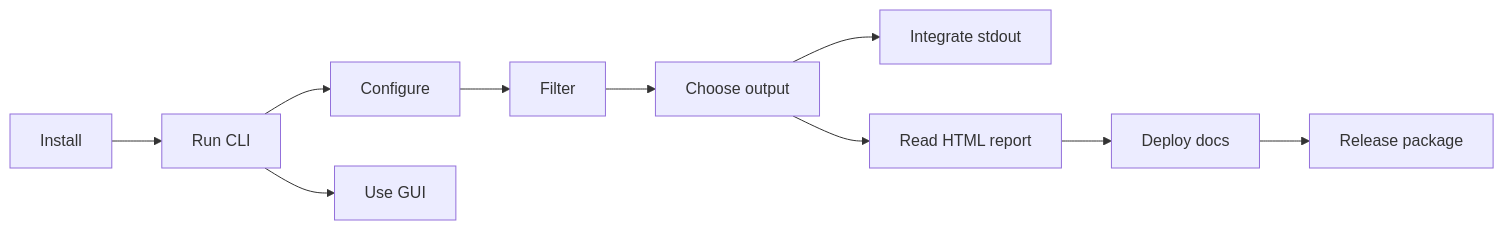
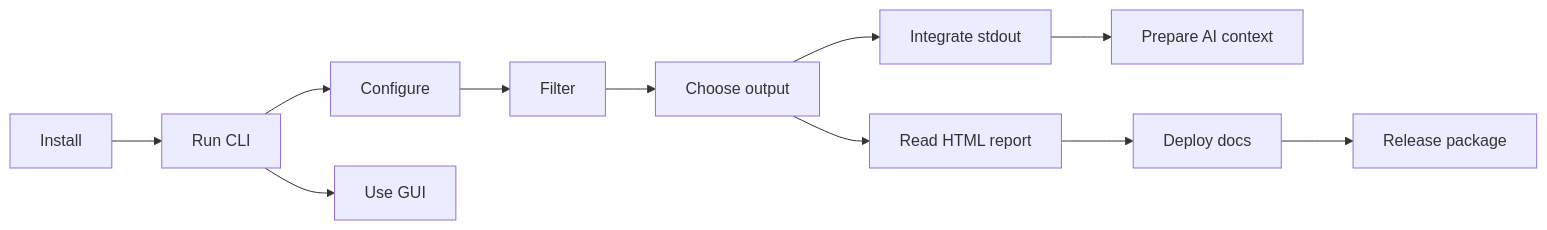
The diagram in docs/README.md (FinickySpider/lsw-directory-walker), drawn with Mermaid before and after one commit. The commit also changed other lines of this file and 2 other files, not shown here.

Commit message:
docs: add "AI and Coding Workflows" guide and link it from READMEs; update docs flowchart

````diff
--- a/docs/README.md
+++ b/docs/README.md
@@ -45,12 +46,13 @@
 ```mermaid
 flowchart LR
 	A[Install] --> B[Run CLI]
 	B --> C[Configure]
 	C --> D[Filter]
 	D --> E[Choose output]
 	E --> F[Integrate stdout]
+	F --> K[Prepare AI context]
 	B --> G[Use GUI]
 	E --> H[Read HTML report]
 	H --> I[Deploy docs]
 	I --> J[Release package]
 ```
````
